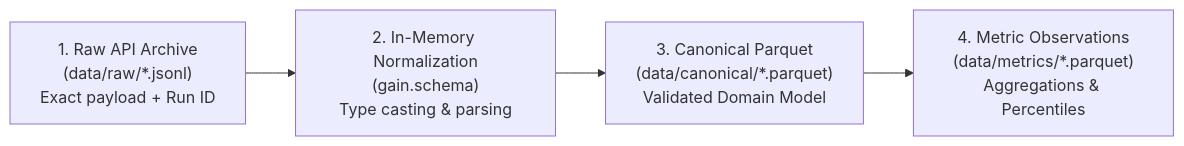
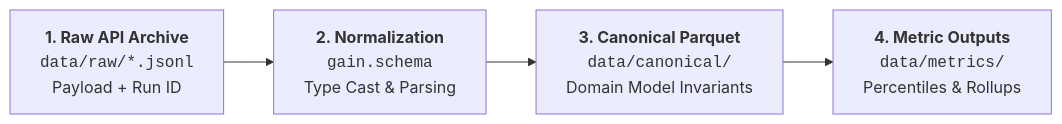
The third of 3 diagrams in gainPresentation.qmd (firmsoil/gain), drawn with Mermaid before and after one commit. The commit also changed other lines of this file and 1 other file, not shown here.

Commit message:
Fix diagram text truncation and remove Confidential & Proprietary footer

````diff
--- a/gainPresentation.qmd
+++ b/gainPresentation.qmd
@@ -265,7 +265,7 @@
 ```mermaid
 flowchart LR
-    L1["1. Raw API Archive<br/>(data/raw/*.jsonl)<br/>Exact payload + Run ID"] 
-    --> L2["2. In-Memory Normalization<br/>(gain.schema)<br/>Type casting & parsing"]
-    --> L3["3. Canonical Parquet<br/>(data/canonical/*.parquet)<br/>Validated Domain Model"]
-    --> L4["4. Metric Observations<br/>(data/metrics/*.parquet)<br/>Aggregations & Percentiles"]
+    L1["<b>1. Raw API Archive</b><br/><code>data/raw/*.jsonl</code><br/>Payload + Run ID"] 
+    --> L2["<b>2. Normalization</b><br/><code>gain.schema</code><br/>Type Cast & Parsing"]
+    --> L3["<b>3. Canonical Parquet</b><br/><code>data/canonical/</code><br/>Domain Model Invariants"]
+    --> L4["<b>4. Metric Outputs</b><br/><code>data/metrics/</code><br/>Percentiles & Rollups"]
 ```
````
